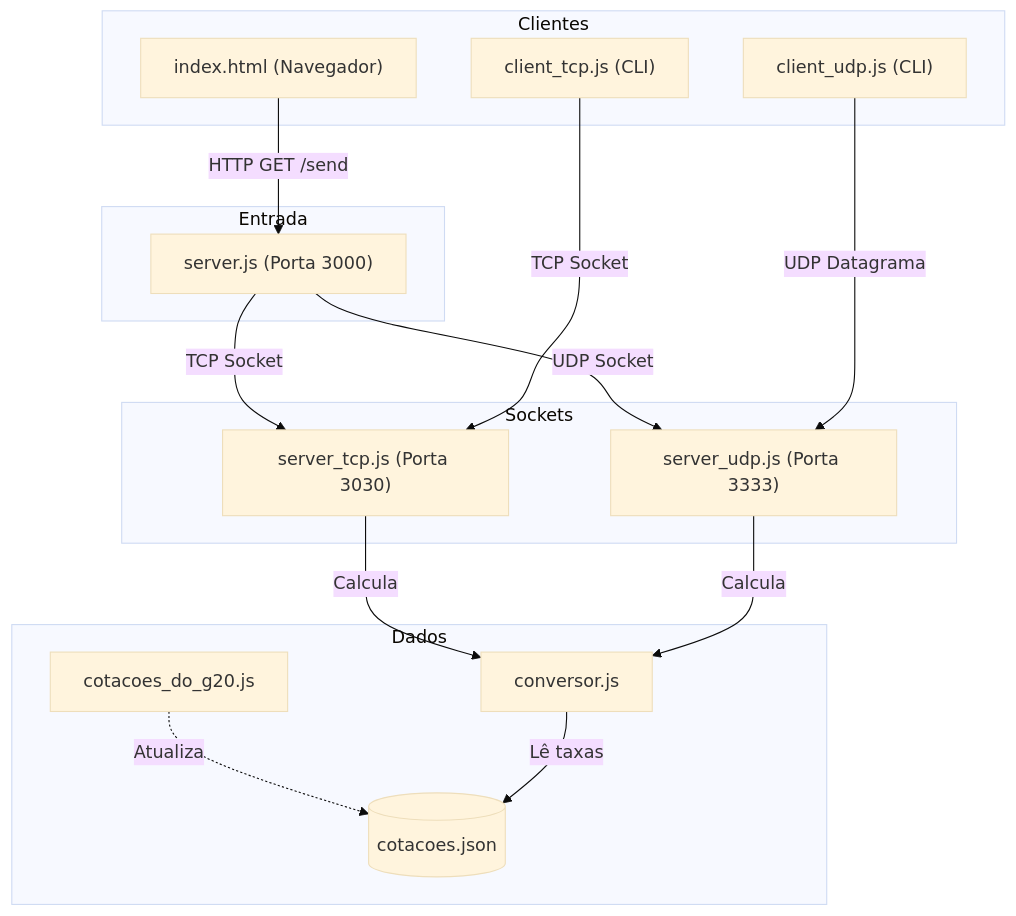
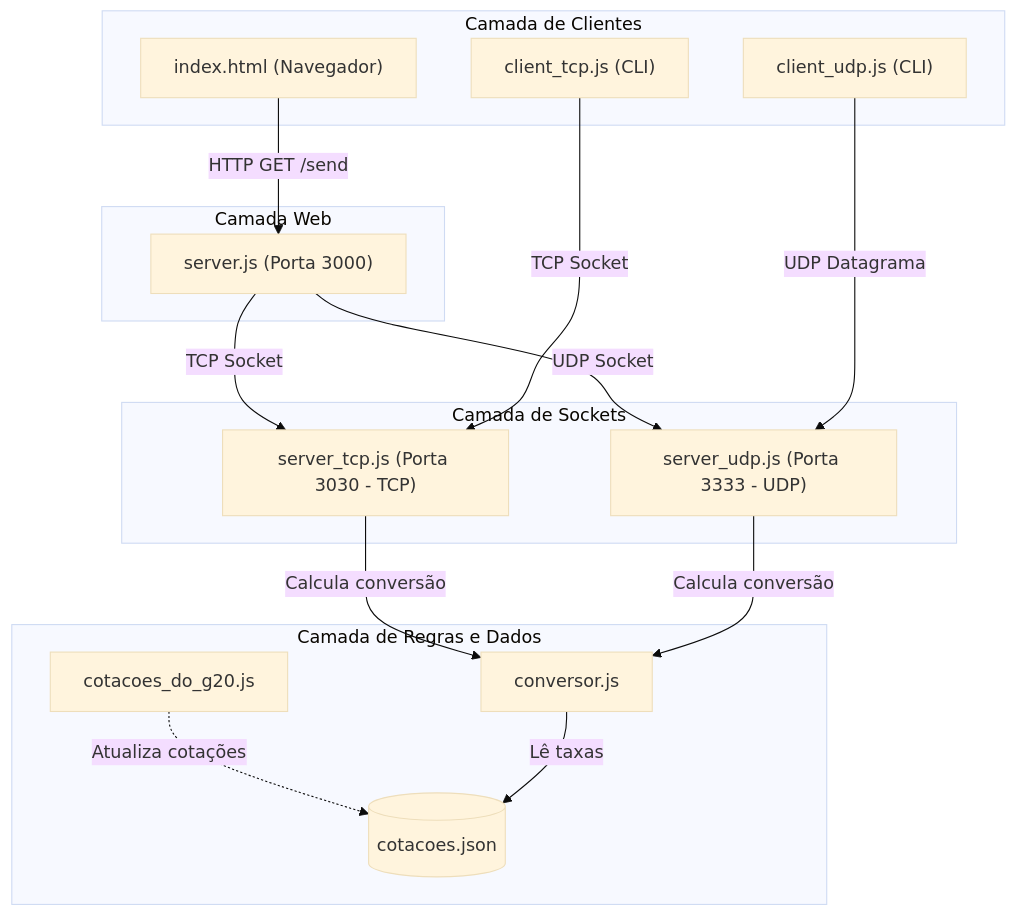
Before and after one commit to araujosemacento/sockets_udp_tcp-sd_wireshark: the diagram in README.md, drawn with Mermaid (base theme). The commit also changed other lines of this file and 9 other files, not shown here.

````diff
--- a/README.md
+++ b/README.md
@@ -9,35 +9,35 @@
 ```mermaid
 flowchart TD
-    subgraph Clientes
+    subgraph Clientes ["Camada de Clientes"]
         CLI_TCP["client_tcp.js (CLI)"]
         CLI_UDP["client_udp.js (CLI)"]
         WEB["index.html (Navegador)"]
     end
 
-    subgraph Entrada
+    subgraph Entrada ["Camada Web"]
         SERVER["server.js (Porta 3000)"]
     end
 
-    subgraph Sockets
-        TCP["server_tcp.js (Porta 3030)"]
-        UDP["server_udp.js (Porta 3333)"]
+    subgraph Sockets ["Camada de Sockets"]
+        TCP["server_tcp.js (Porta 3030 - TCP)"]
+        UDP["server_udp.js (Porta 3333 - UDP)"]
     end
 
-    subgraph Dados
+    subgraph Dados ["Camada de Regras e Dados"]
         CONV["conversor.js"]
         JSON[("cotacoes.json")]
         API["cotacoes_do_g20.js"]
     end
 
-    API -.->|"Atualiza"| JSON
+    API -.->|"Atualiza cotações"| JSON
     WEB -->|"HTTP GET /send"| SERVER
     SERVER -->|"TCP Socket"| TCP
     SERVER -->|"UDP Socket"| UDP
 
     CLI_TCP -->|"TCP Socket"| TCP
     CLI_UDP -->|"UDP Datagrama"| UDP
 
-    TCP -->|"Calcula"| CONV
-    UDP -->|"Calcula"| CONV
+    TCP -->|"Calcula conversão"| CONV
+    UDP -->|"Calcula conversão"| CONV
     CONV -->|"Lê taxas"| JSON
 ```
````
